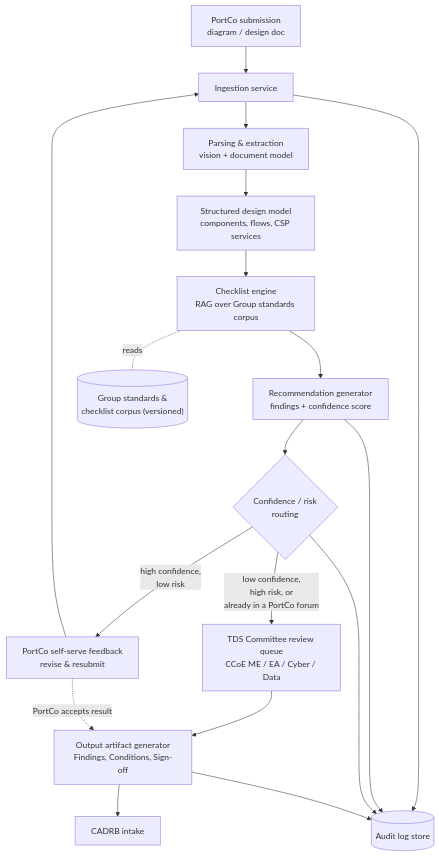
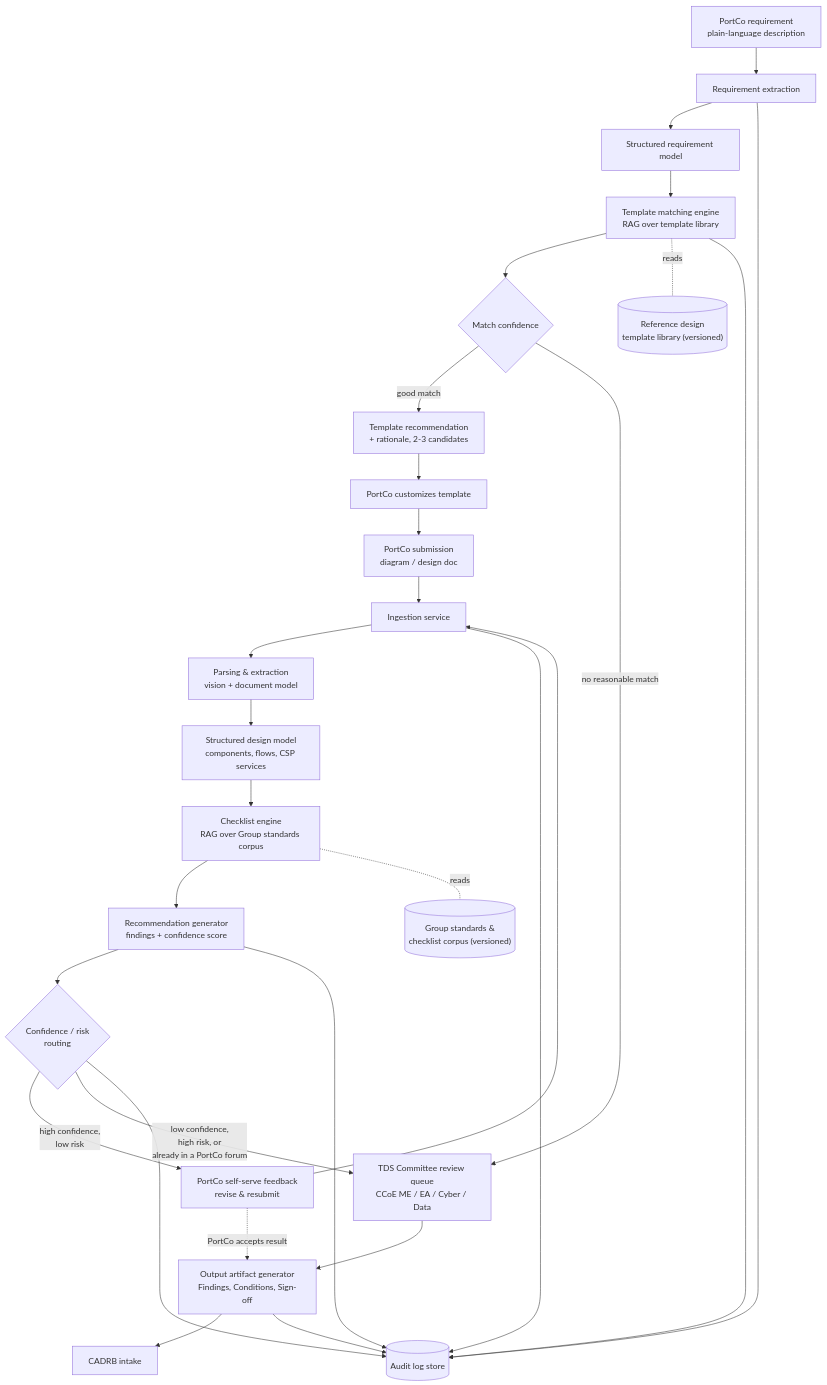
The first of 3 diagrams in docs/TDS_AI_Architecture.md (tmanolam/scbx-tds-ai-assisted-review-tool), drawn with Mermaid before and after one commit. The commit also changed other lines of this file, not shown here.

Commit message:
Add design template selection (design-assist) architecture: requirement extraction, template matching engine, roadmap and risk updates

````diff
--- a/docs/TDS_AI_Architecture.md
+++ b/docs/TDS_AI_Architecture.md
@@ -23,20 +24,32 @@
 ```mermaid
 flowchart TD
     A["PortCo submission\ndiagram / design doc"] --> B["Ingestion service"]
     B --> C["Parsing & extraction\nvision + document model"]
     C --> D["Structured design model\ncomponents, flows, CSP services"]
     D --> E["Checklist engine\nRAG over Group standards corpus"]
     E --> F["Recommendation generator\nfindings + confidence score"]
     F --> G{"Confidence / risk\nrouting"}
     G -->|"high confidence,\nlow risk"| H["PortCo self-serve feedback\nrevise & resubmit"]
     G -->|"low confidence,\nhigh risk, or\nalready in a PortCo forum"| I["TDS Committee review queue\nCCoE ME / EA / Cyber / Data"]
     H --> B
     I --> J["Output artifact generator\nFindings, Conditions, Sign-off"]
     H -.->|"PortCo accepts result"| J
     J --> K["CADRB intake"]
     E -. reads .- L[("Group standards &\nchecklist corpus (versioned)")]
     B --> M[("Audit log store")]
     F --> M
     G --> M
     J --> M
+
+    N["PortCo requirement\nplain-language description"] --> O["Requirement extraction"]
+    O --> P["Structured requirement model"]
+    P --> Q["Template matching engine\nRAG over template library"]
+    Q --> R{"Match confidence"}
+    R -->|"good match"| S["Template recommendation\n+ rationale, 2-3 candidates"]
+    R -->|"no reasonable match"| I
+    S --> T["PortCo customizes template"]
+    T --> A
+    Q -. reads .- U[("Reference design\ntemplate library (versioned)")]
+    O --> M
+    Q --> M
 ```
````
